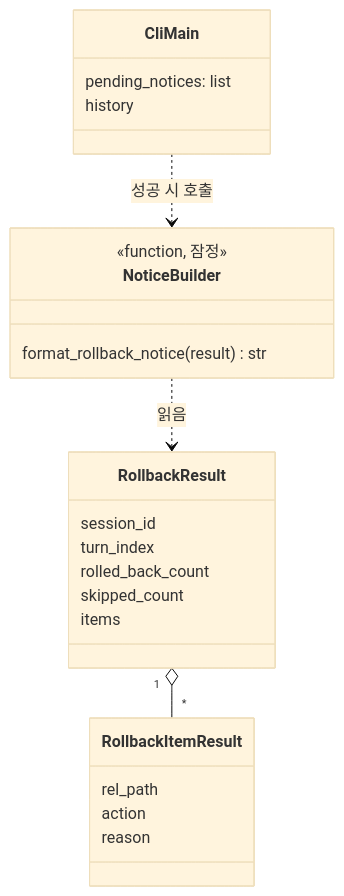
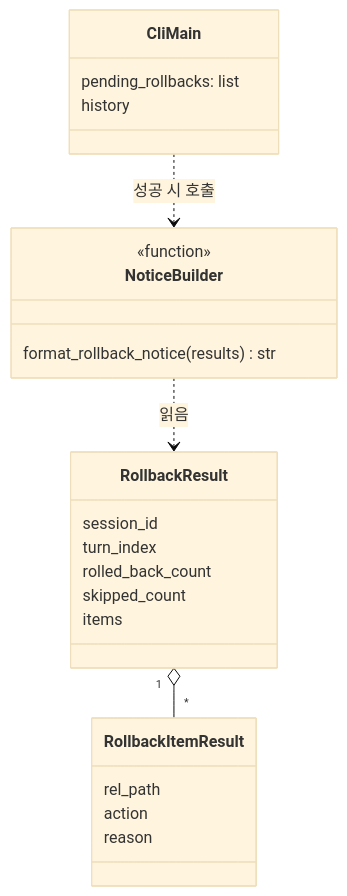
Before and after one commit to RadiantCitron/hermes-agent-study: the third of 4 diagrams in docs/로드맵/12-롤백-모델알림-MVP/ROADMAP.md, drawn with Mermaid (base theme). The commit also changed 2 other files, not shown here.

Commit message:
[R12-030] 통합 검증과 작동원리 동기화 (실제 클라이언트 E2E, 압축 공존, 작동원리 01편 동기화)

````diff
--- a/docs/로드맵/12-롤백-모델알림-MVP/ROADMAP.md
+++ b/docs/로드맵/12-롤백-모델알림-MVP/ROADMAP.md
@@ -60,26 +60,26 @@
 ```mermaid
 classDiagram
   class RollbackResult {
     session_id
     turn_index
     rolled_back_count
     skipped_count
     items
   }
   class RollbackItemResult {
     rel_path
     action
     reason
   }
   class NoticeBuilder {
-    <<function, 잠정>>
-    format_rollback_notice(result) str
+    <<function>>
+    format_rollback_notice(results) str
   }
   class CliMain {
-    pending_notices: list
+    pending_rollbacks: list
     history
   }
   RollbackResult "1" o-- "*" RollbackItemResult
   NoticeBuilder ..> RollbackResult : 읽음
   CliMain ..> NoticeBuilder : 성공 시 호출
 ```
````
